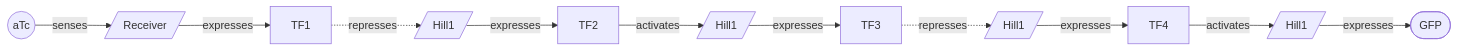
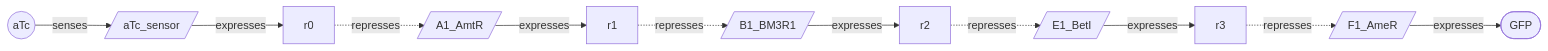
The second of 2 diagrams in README.md (marpaia/quiver), drawn with Mermaid before and after one commit. The commit also changed other lines of this file and 4 other files, not shown here.

First line of the commit message:
Regenerate README and mermaid diagrams for the Component-grounded direction

````diff
--- a/README.md
+++ b/README.md
@@ -156,13 +166,24 @@
 ```mermaid
 flowchart LR
-  aTc((aTc)) -- senses --> Rc[/Receiver/]
-  Rc -- expresses --> TF1
-  TF1 -. represses .-> P1[/Hill1/]
-  P1 -- expresses --> TF2
-  TF2 -- activates --> P2[/Hill1/]
-  P2 -- expresses --> TF3
-  TF3 -. represses .-> P3[/Hill1/]
-  P3 -- expresses --> TF4
-  TF4 -- activates --> P4[/Hill1/]
-  P4 -- expresses --> GFP([GFP])
+  sup(("aTc"))
+  op0[/"aTc_sensor"/]
+  reg0["r0"]
+  op1[/"A1_AmtR"/]
+  reg1["r1"]
+  op2[/"B1_BM3R1"/]
+  reg2["r2"]
+  op3[/"E1_BetI"/]
+  reg3["r3"]
+  op4[/"F1_AmeR"/]
+  out(["GFP"])
+  sup -- senses --> op0
+  op0 -- expresses --> reg0
+  reg0 -. represses .-> op1
+  op1 -- expresses --> reg1
+  reg1 -. represses .-> op2
+  op2 -- expresses --> reg2
+  reg2 -. represses .-> op3
+  op3 -- expresses --> reg3
+  reg3 -. represses .-> op4
+  op4 -- expresses --> out
 ```
````
